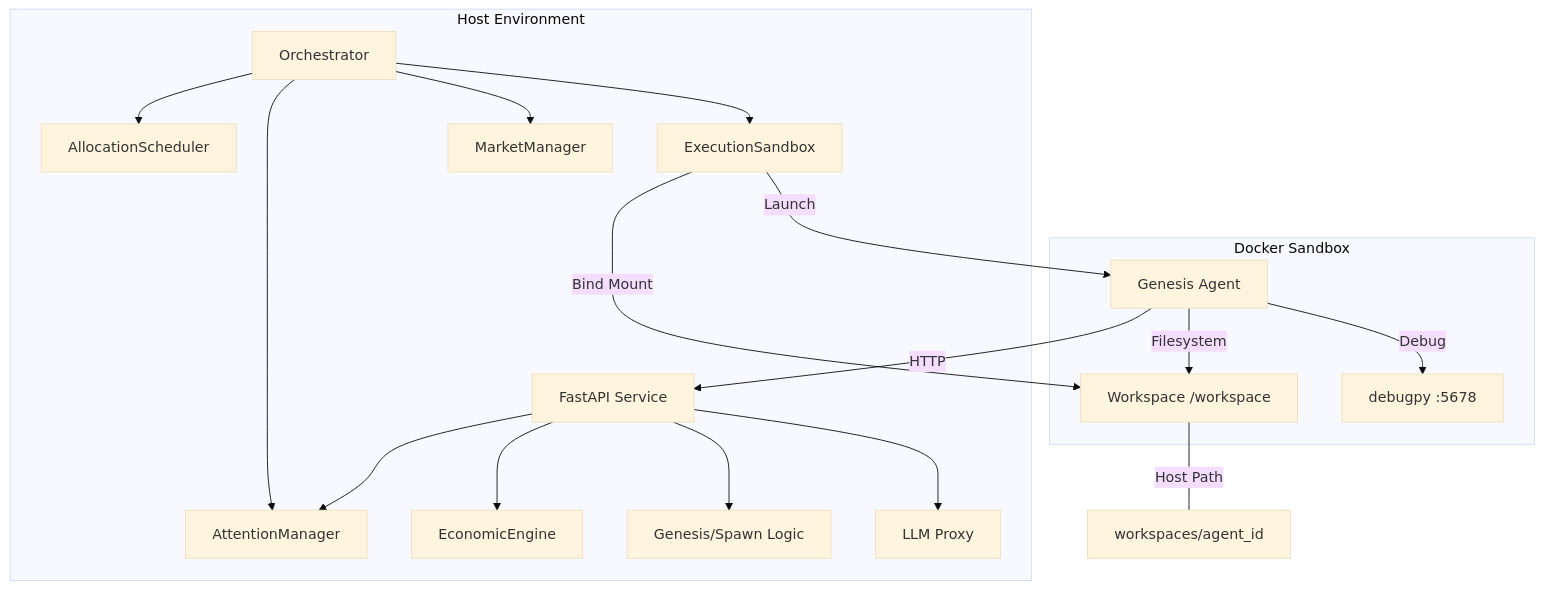
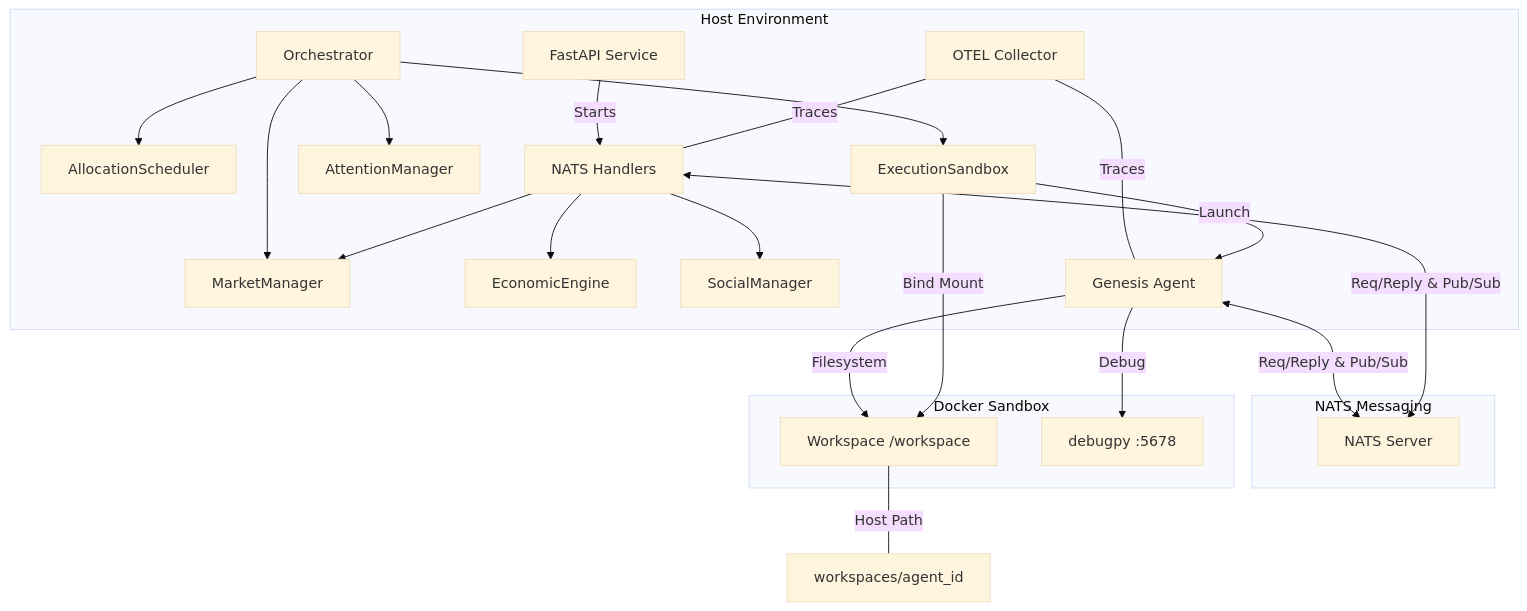
One commit to Ben-Pollard/syntropism changed the first of 2 diagrams in docs/architecture/current_architecture.md. Above: the diagram before and after it, drawn with Mermaid (base theme). The commit also changed other lines of this file and 56 other files, not shown here.

````diff
--- a/docs/architecture/current_architecture.md
+++ b/docs/architecture/current_architecture.md
@@ -8,24 +8,32 @@
 ```mermaid
 graph TD
     subgraph Host Environment
         ORC[Orchestrator] --> SCH[AllocationScheduler]
         ORC --> SBX[ExecutionSandbox]
         ORC --> MKT[MarketManager]
         ORC --> ATT[AttentionManager]
         
-        API[FastAPI Service] --> ECO[EconomicEngine]
-        API --> ATT
-        API --> GEN[Genesis/Spawn Logic]
-        API --> LLM[LLM Proxy]
+        API[FastAPI Service] -->|Starts| NATS_H[NATS Handlers]
+        NATS_H --> ECO[EconomicEngine]
+        NATS_H --> MKT
+        NATS_H --> SOC[SocialManager]
+        
+        OTEL[OTEL Collector] ---|Traces| NATS_H
+        OTEL ---|Traces| AGT
+    end
+
+    subgraph NATS Messaging
+        NS[NATS Server]
+        AGT <-->|Req/Reply & Pub/Sub| NS
+        NATS_H <-->|Req/Reply & Pub/Sub| NS
     end
 
     subgraph Docker Sandbox
-        AGT[Genesis Agent] -->|HTTP| API
-        AGT -->|Filesystem| WS[Workspace /workspace]
+        AGT[Genesis Agent] -->|Filesystem| WS[Workspace /workspace]
         AGT -->|Debug| DBG[debugpy :5678]
     end
 
     SBX -->|Launch| AGT
     SBX -->|Bind Mount| WS
     WS ---|Host Path| HWS[workspaces/agent_id]
 ```
````
